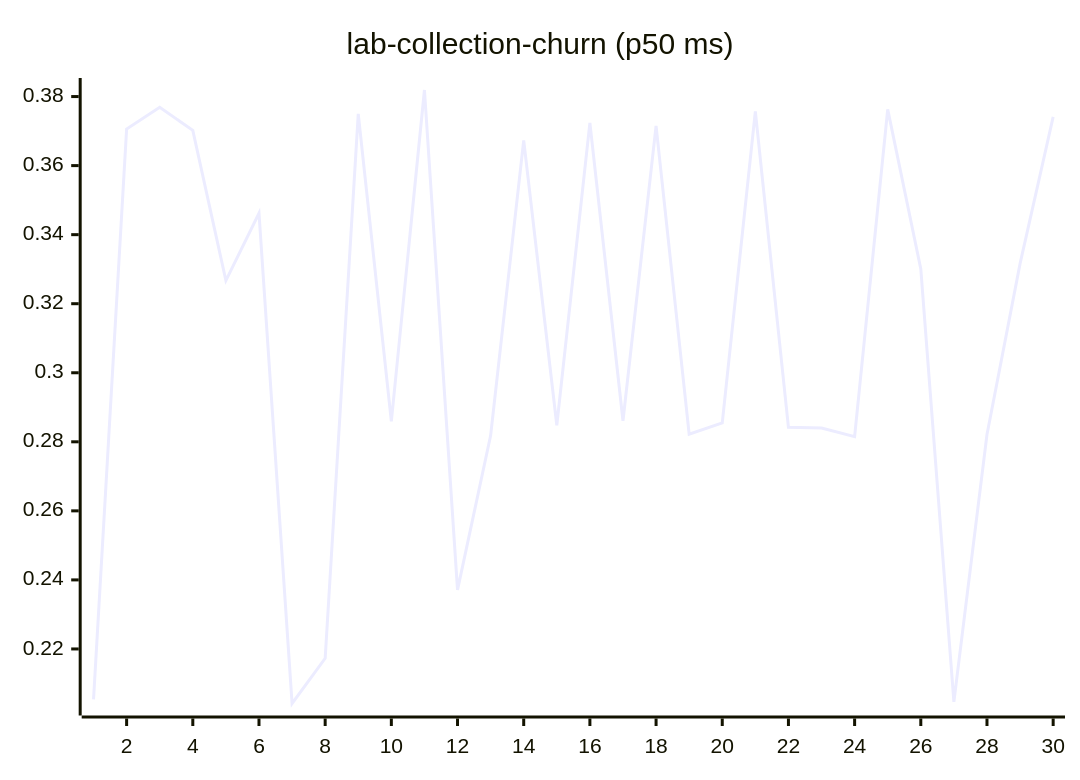
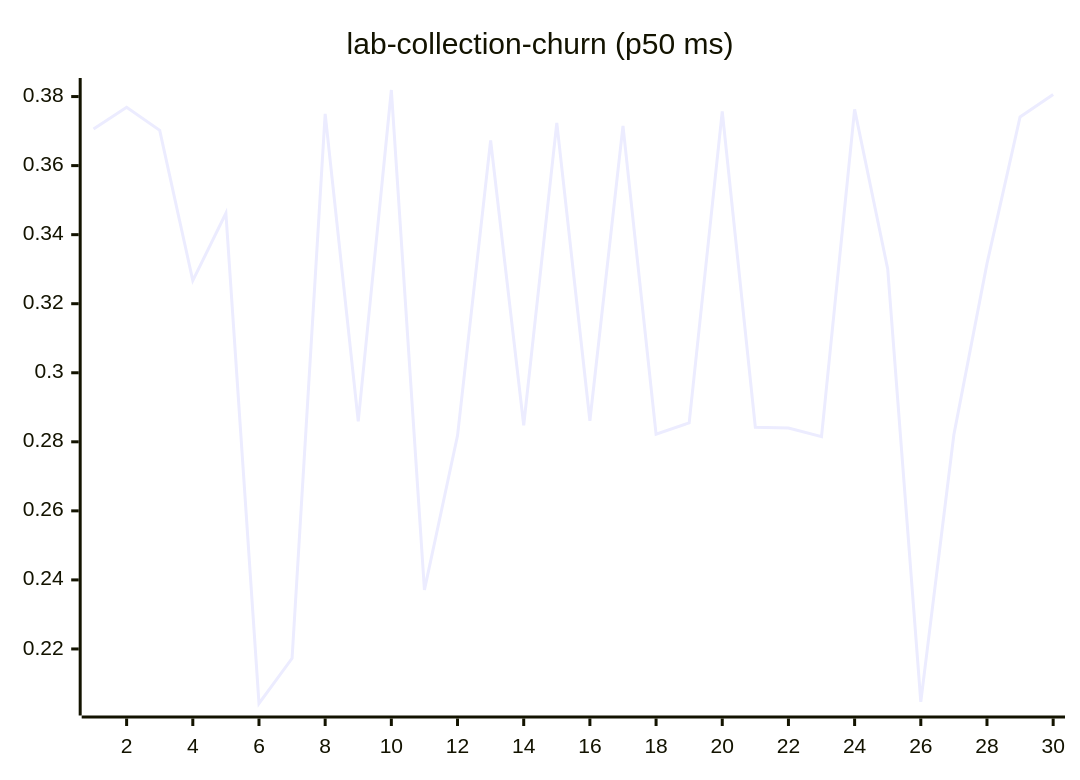
Diagram 11 of 27 in README.md (josha/Facet), drawn with Mermaid before and after one commit. The commit also changed other lines of this file and 2 other files, not shown here.

````diff
--- a/README.md
+++ b/README.md
@@ -133,6 +133,6 @@
 ```mermaid
 xychart-beta
     title "lab-collection-churn (p50 ms)"
     x-axis 1 --> 30
-    line [0.2054, 0.3706, 0.3769, 0.3702, 0.3267, 0.3462, 0.2042, 0.2173, 0.3750, 0.2859, 0.3819, 0.2371, 0.2818, 0.3673, 0.2848, 0.3724, 0.2861, 0.3715, 0.2822, 0.2855, 0.3757, 0.2842, 0.2840, 0.2815, 0.3763, 0.3301, 0.2047, 0.2821, 0.3316, 0.3741]
+    line [0.3706, 0.3769, 0.3702, 0.3267, 0.3462, 0.2042, 0.2173, 0.3750, 0.2859, 0.3819, 0.2371, 0.2818, 0.3673, 0.2848, 0.3724, 0.2861, 0.3715, 0.2822, 0.2855, 0.3757, 0.2842, 0.2840, 0.2815, 0.3763, 0.3301, 0.2047, 0.2821, 0.3316, 0.3741, 0.3806]
 ```
````
